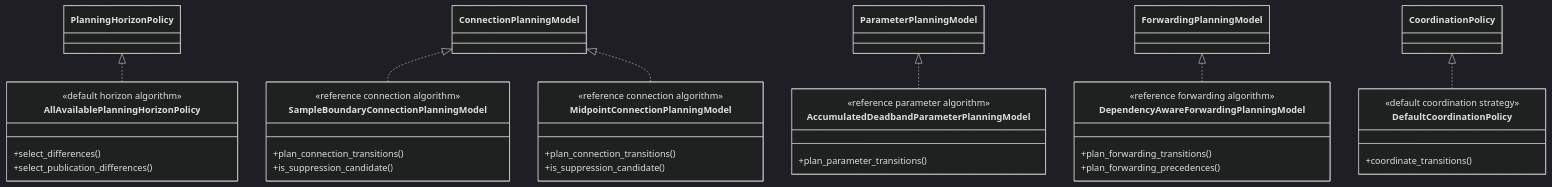
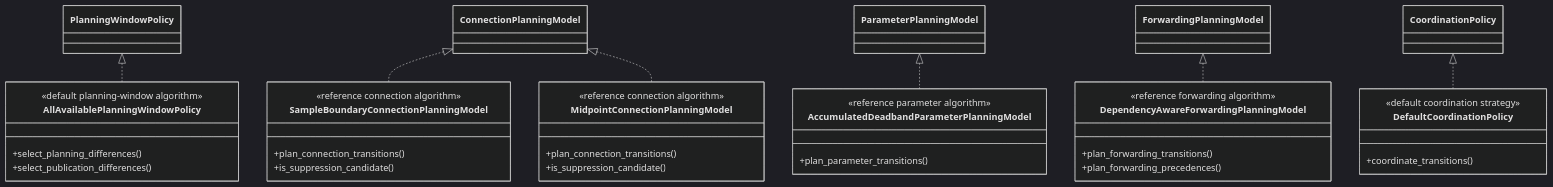
One commit to seed-labs/skyseed changed diagram 11 of 12 in skyseed_v2/src/skyseed_v2/simulator/planning/README.md. Above: the diagram before and after it, drawn with Mermaid (dark theme). The commit also changed other lines of this file and 145 other files, not shown here.

````diff
--- a/skyseed_v2/src/skyseed_v2/simulator/planning/README.md
+++ b/skyseed_v2/src/skyseed_v2/simulator/planning/README.md
@@ -226,43 +226,43 @@
 ```mermaid
 classDiagram
-    class PlanningHorizonPolicy
+    class PlanningWindowPolicy
     class ConnectionPlanningModel
     class ParameterPlanningModel
     class ForwardingPlanningModel
     class CoordinationPolicy
-    class AllAvailablePlanningHorizonPolicy {
-        <<default horizon algorithm>>
-        +select_differences()
+    class AllAvailablePlanningWindowPolicy {
+        <<default planning-window algorithm>>
+        +select_planning_differences()
         +select_publication_differences()
     }
     class SampleBoundaryConnectionPlanningModel {
         <<reference connection algorithm>>
         +plan_connection_transitions()
         +is_suppression_candidate()
     }
     class MidpointConnectionPlanningModel {
         <<reference connection algorithm>>
         +plan_connection_transitions()
         +is_suppression_candidate()
     }
     class AccumulatedDeadbandParameterPlanningModel {
         <<reference parameter algorithm>>
         +plan_parameter_transitions()
     }
     class DependencyAwareForwardingPlanningModel {
         <<reference forwarding algorithm>>
         +plan_forwarding_transitions()
         +plan_forwarding_precedences()
     }
     class DefaultCoordinationPolicy {
         <<default coordination strategy>>
         +coordinate_transitions()
     }
 
-    PlanningHorizonPolicy <|.. AllAvailablePlanningHorizonPolicy
+    PlanningWindowPolicy <|.. AllAvailablePlanningWindowPolicy
     ConnectionPlanningModel <|.. SampleBoundaryConnectionPlanningModel
     ConnectionPlanningModel <|.. MidpointConnectionPlanningModel
     ParameterPlanningModel <|.. AccumulatedDeadbandParameterPlanningModel
     ForwardingPlanningModel <|.. DependencyAwareForwardingPlanningModel
     CoordinationPolicy <|.. DefaultCoordinationPolicy
 ```
````
